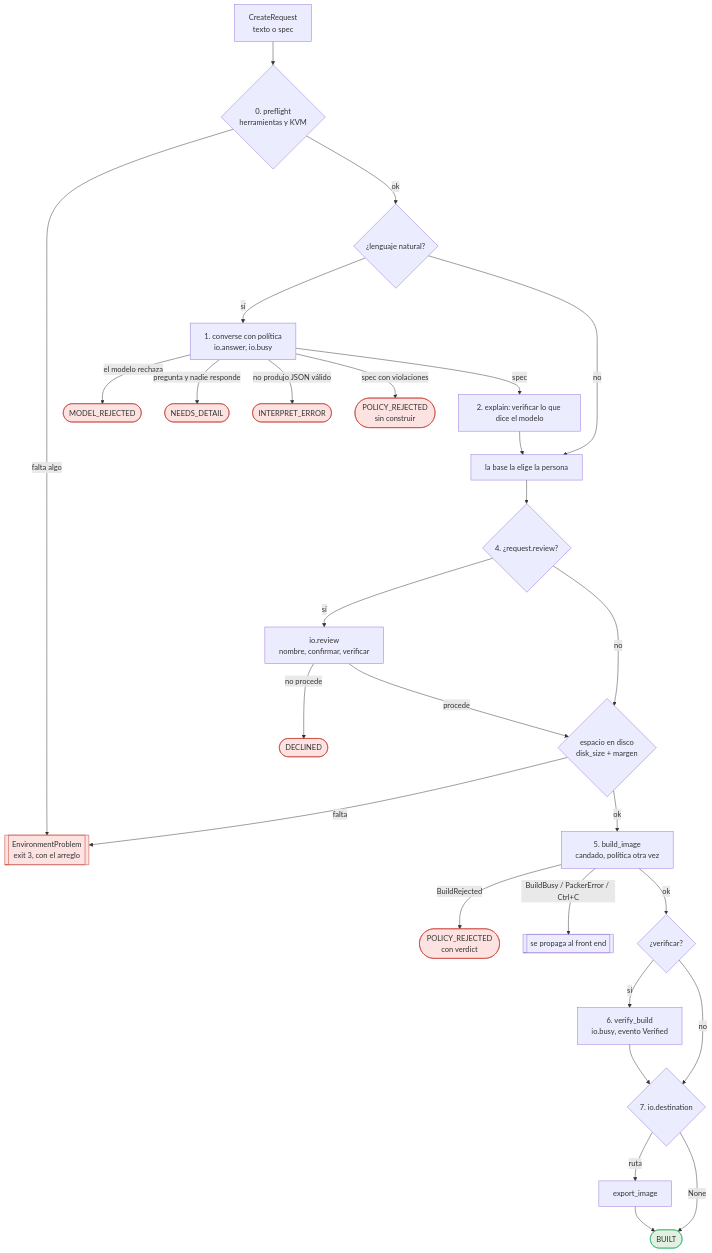
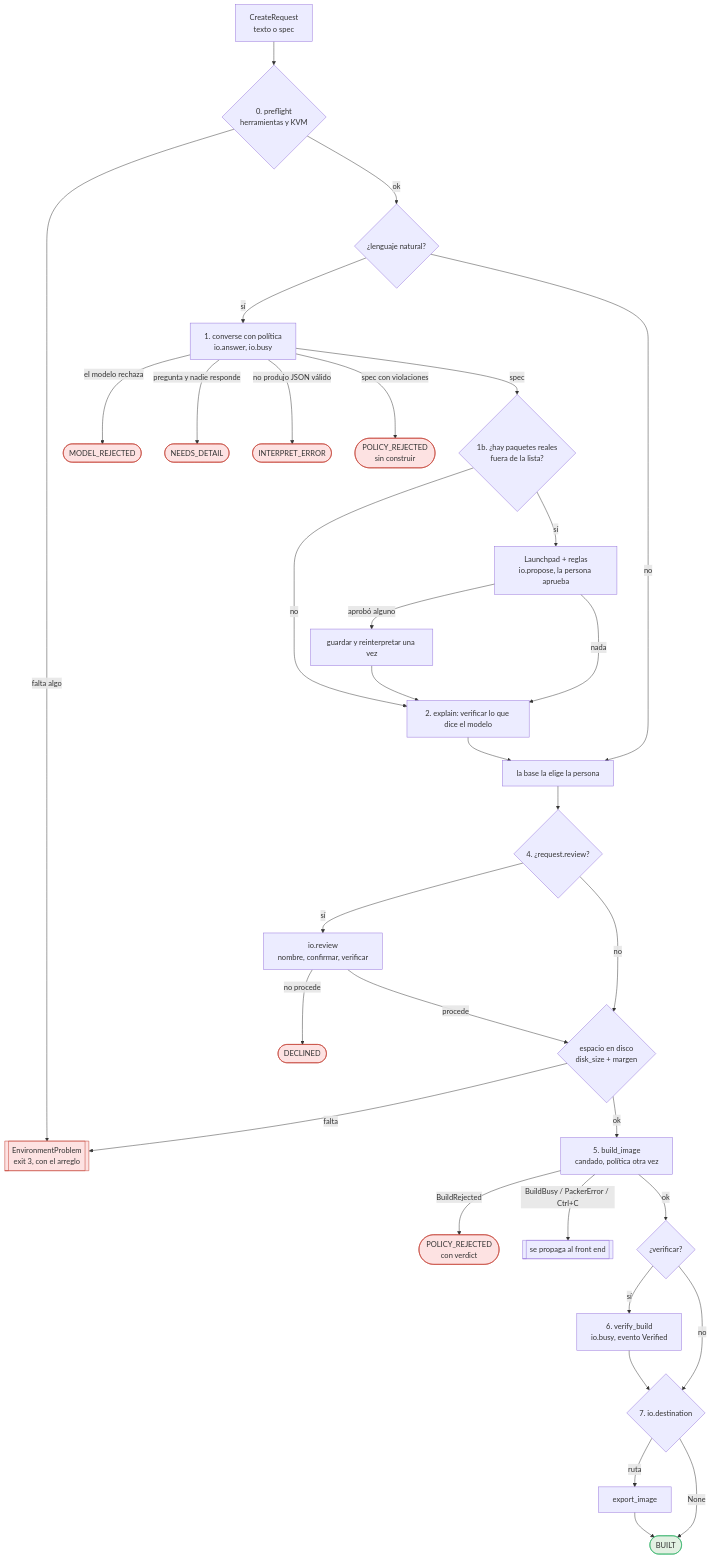
Before and after one commit to judainho/gira-iso: the third of 5 diagrams in docs/flujo-de-control.md, drawn with Mermaid. The commit also changed other lines of this file and 9 other files, not shown here.

````diff
--- a/docs/flujo-de-control.md
+++ b/docs/flujo-de-control.md
@@ -123,35 +137,40 @@
 ```mermaid
 flowchart TD
     R[CreateRequest<br/>texto o spec] --> PF{"0. preflight<br/>herramientas y KVM"}
     PF -- falta algo --> E3[[EnvironmentProblem<br/>exit 3, con el arreglo]]
     PF -- ok --> T{¿lenguaje natural?}
     T -- sí --> CV[1. converse con política<br/>io.answer, io.busy]
     CV -- el modelo rechaza --> S1([MODEL_REJECTED])
     CV -- pregunta y nadie responde --> S2([NEEDS_DETAIL])
     CV -- no produjo JSON válido --> S3([INTERPRET_ERROR])
     CV -- spec con violaciones --> S4([POLICY_REJECTED<br/>sin construir])
-    CV -- spec --> EX[2. explain: verificar lo que dice el modelo]
+    CV -- spec --> AD{"1b. ¿hay paquetes reales<br/>fuera de la lista?"}
+    AD -- no --> EX[2. explain: verificar lo que dice el modelo]
+    AD -- sí --> OF[Launchpad + reglas<br/>io.propose, la persona aprueba]
+    OF -- aprobó alguno --> RI[guardar y reinterpretar una vez]
+    OF -- nada --> EX
+    RI --> EX
     T -- no --> B0[la base la elige la persona]
     EX --> B0
     B0 --> RV{"4. ¿request.review?"}
     RV -- sí --> IO[io.review<br/>nombre, confirmar, verificar]
     IO -- no procede --> S5([DECLINED])
     IO -- procede --> SP
     RV -- no --> SP{"espacio en disco<br/>disk_size + margen"}
     SP -- falta --> E3
     SP -- ok --> BU[5. build_image<br/>candado, política otra vez]
     BU -- BuildRejected --> S6([POLICY_REJECTED<br/>con verdict])
     BU -- BuildBusy / PackerError / Ctrl+C --> PR[[se propaga al front end]]
     BU -- ok --> VF{"¿verificar?"}
     VF -- sí --> V[6. verify_build<br/>io.busy, evento Verified]
     VF -- no --> DS
     V --> DS{"7. io.destination"}
     DS -- ruta --> EXP[export_image]
     DS -- None --> OK
     EXP --> OK([BUILT])
 
     classDef stop fill:#fde2e2,stroke:#c0392b;
     classDef ok fill:#e2f0e2,stroke:#27ae60;
     class S1,S2,S3,S4,S5,S6,E3 stop;
     class OK ok;
 ```
````
